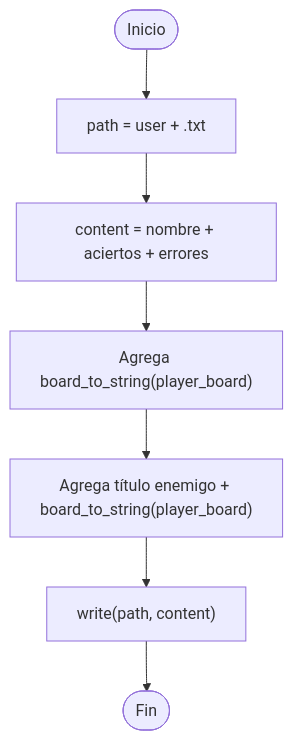
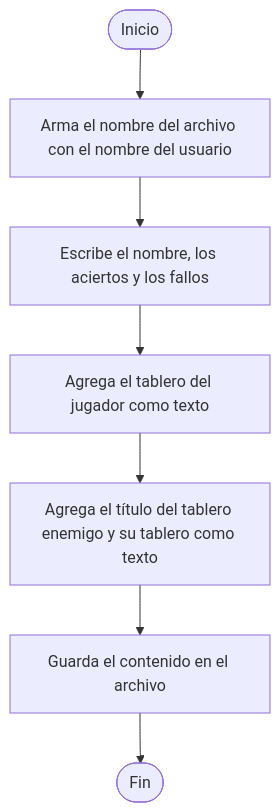
Before and after one commit to 8ismel6/1MD-ProyectoFinal: diagram 15 of 33 in README.md, drawn with Mermaid. The commit also changed other lines of this file and 1 other file, not shown here.

````diff
--- a/README.md
+++ b/README.md
@@ -567,9 +557,9 @@
 ```mermaid
 flowchart TD
-A(["Inicio"]) --> B["path = user + .txt"]
-B --> C["content = nombre + aciertos + errores"]
-C --> D["Agrega board_to_string(player_board)"]
-D --> E["Agrega título enemigo + board_to_string(player_board)"]
-E --> F["write(path, content)"]
+A(["Inicio"]) --> B["Arma el nombre del archivo con el nombre del usuario"]
+B --> C["Escribe el nombre, los aciertos y los fallos"]
+C --> D["Agrega el tablero del jugador como texto"]
+D --> E["Agrega el título del tablero enemigo y su tablero como texto"]
+E --> F["Guarda el contenido en el archivo"]
 F --> G(["Fin"])
 ```
````
